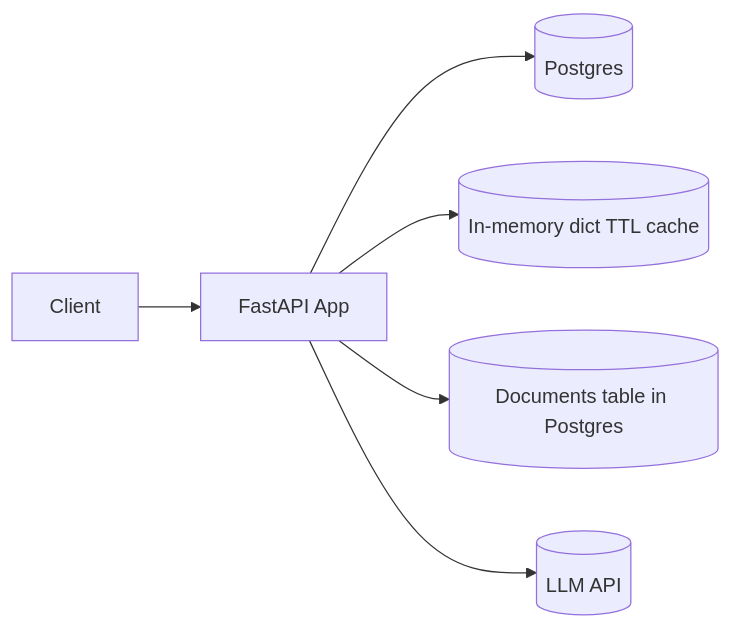
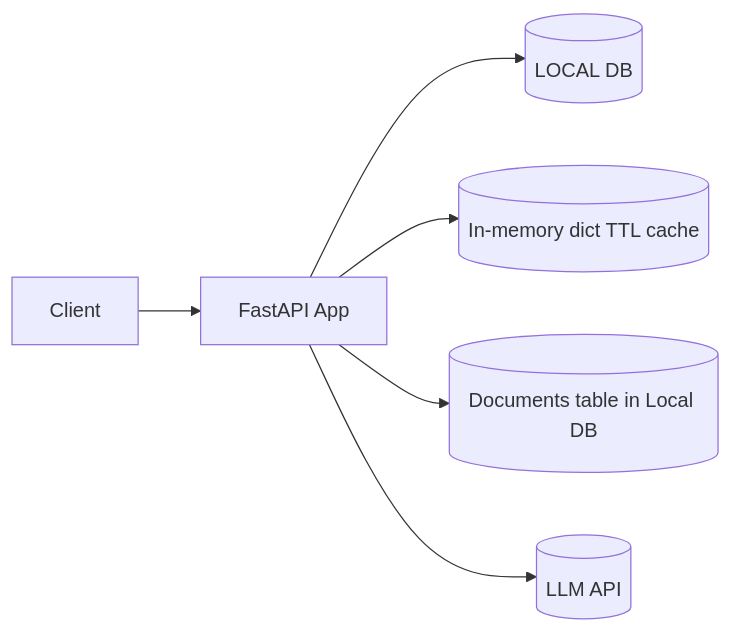
Before and after one commit to rishabhnagardev/bot-gpt-backend: the first of 4 diagrams in README.md, drawn with Mermaid.

Commit message:
Update: Fix naming in README.md

````diff
--- a/README.md
+++ b/README.md
@@ -34,8 +34,8 @@
 ```mermaid
 flowchart LR
   A[Client] --> C[FastAPI App]
-  C --> D[(Postgres)]
+  C --> D[(LOCAL DB)]
   C --> E[(In-memory dict TTL cache)]
-  C --> DOC[(Documents table in Postgres)]
+  C --> DOC[(Documents table in Local DB)]
   C --> G[(LLM API)]
 ```
````
